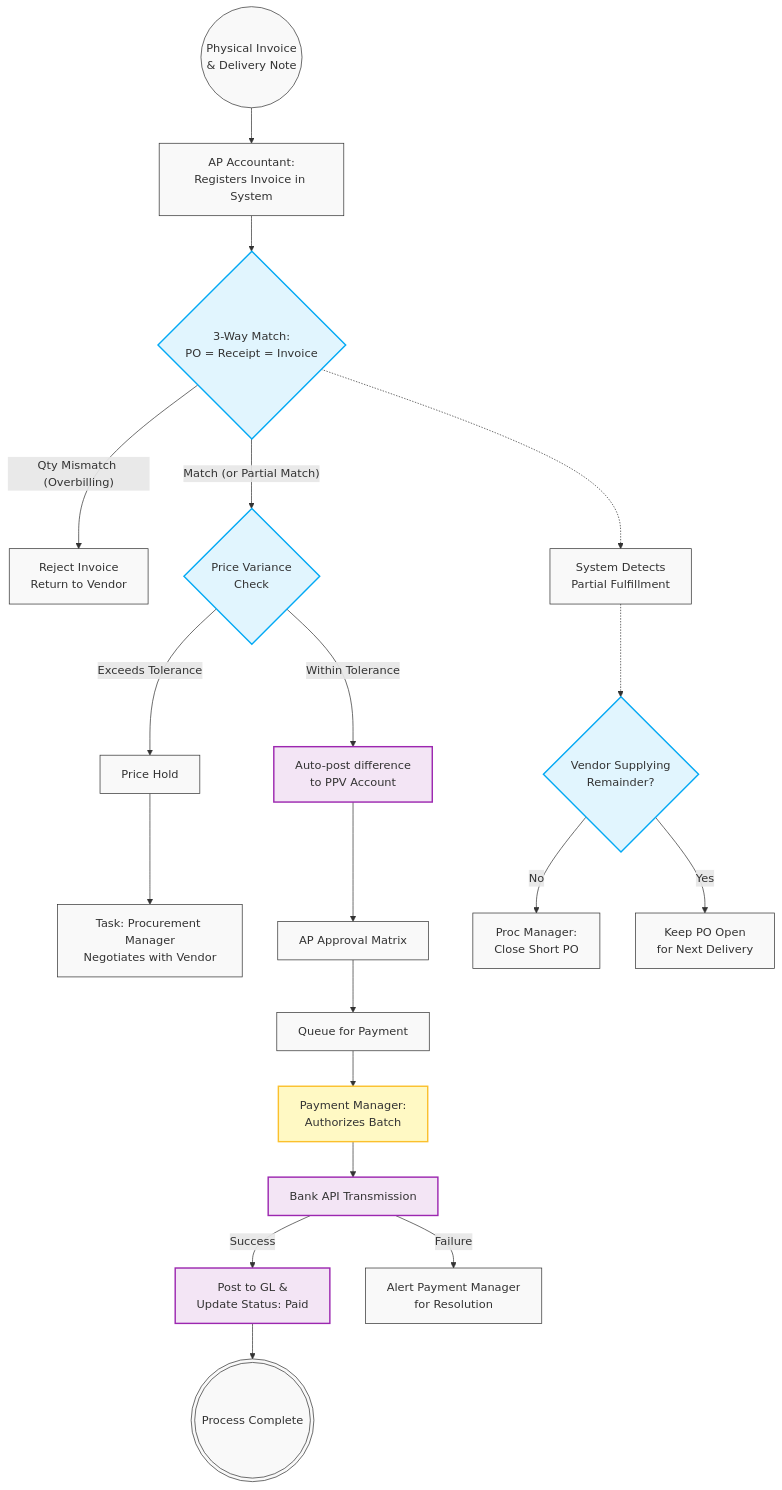
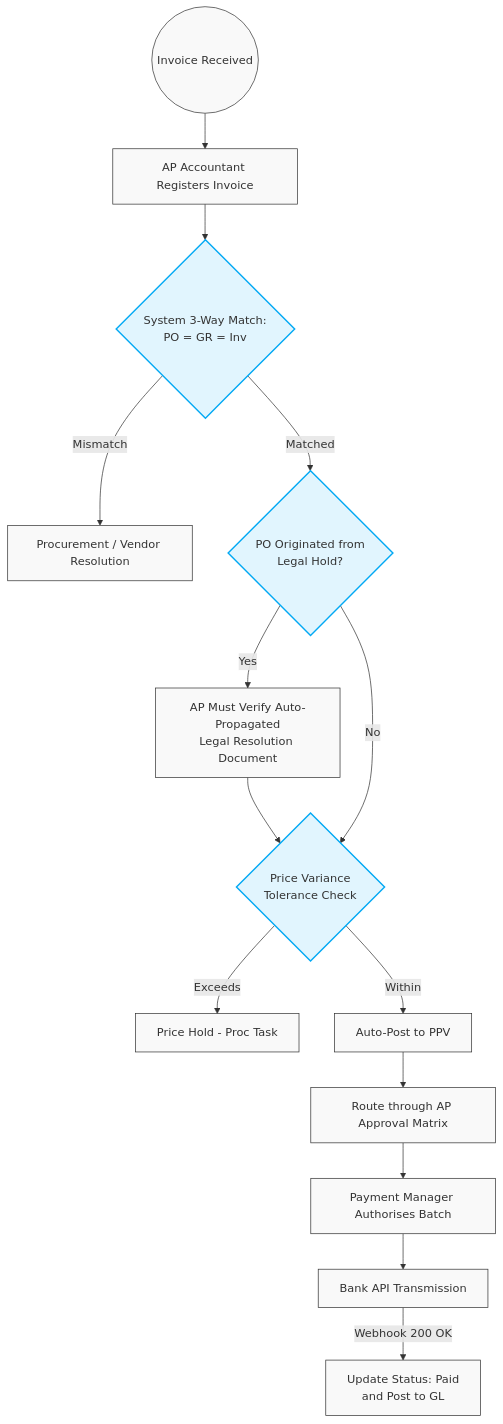
Before and after one commit to vikkimovcharenko/ERP-Lifecycle: the diagram in 05_Financial_Execution_and_Payment/501_AP_Invoice_Matching.md, drawn with Mermaid. The commit also changed other lines of this file, not shown here.

````diff
--- a/05_Financial_Execution_and_Payment/501_AP_Invoice_Matching.md
+++ b/05_Financial_Execution_and_Payment/501_AP_Invoice_Matching.md
@@ -32,40 +31,29 @@
 ```mermaid
 flowchart TD
-    Start((Physical Invoice<br>& Delivery Note)) --> AP[AP Accountant:<br>Registers Invoice in System]
-    AP --> Match{3-Way Match:<br>PO = Receipt = Invoice}
+    Start((Invoice Received)) --> AP[AP Accountant Registers Invoice]
+    AP --> Match{System 3-Way Match:<br>PO = GR = Inv}
     
-    %% Quantity & Price Checks
-    Match -- Qty Mismatch (Overbilling) --> Reject[Reject Invoice<br>Return to Vendor]
-    Match -- Match (or Partial Match) --> PriceCheck{Price Variance<br>Check}
+    Match -- Mismatch --> Resolve[Procurement / Vendor Resolution]
     
-    PriceCheck -- Exceeds Tolerance --> Hold[Price Hold]
-    Hold --> ProcTask[Task: Procurement Manager<br>Negotiates with Vendor]
+    Match -- Matched --> ComplianceCheck{PO Originated from<br>Legal Hold?}
     
-    PriceCheck -- Within Tolerance --> PPV[Auto-post difference<br>to PPV Account]
-    PPV --> Approval[AP Approval Matrix]
+    %% Compliance Gate
+    ComplianceCheck -- Yes --> VerifyDoc[AP Must Verify Auto-Propagated<br>Legal Resolution Document]
+    VerifyDoc --> PriceCheck
     
-    %% Payment Flow
-    Approval --> PayQueue[Queue for Payment]
-    PayQueue --> PayMgr[Payment Manager:<br>Authorizes Batch]
-    PayMgr --> API[Bank API Transmission]
+    ComplianceCheck -- No --> PriceCheck{Price Variance<br>Tolerance Check}
     
-    API -- Success --> GL[Post to GL &<br>Update Status: Paid]
-    API -- Failure --> Alert[Alert Payment Manager<br>for Resolution]
+    %% Variance & Payment
+    PriceCheck -- Exceeds --> Hold[Price Hold - Proc Task]
+    PriceCheck -- Within --> PPV[Auto-Post to PPV]
     
-    GL --> End(((Process Complete)))
-
-    %% Close Short Sub-process
-    Match -.-> Partial[System Detects<br>Partial Fulfillment]
-    Partial -.-> CloseShort{Vendor Supplying<br>Remainder?}
-    CloseShort -- No --> CSAction[Proc Manager:<br>Close Short PO]
-    CloseShort -- Yes --> Wait[Keep PO Open<br>for Next Delivery]
+    PPV --> APMatrix[Route through AP Approval Matrix]
+    APMatrix --> PM[Payment Manager Authorises Batch]
+    PM --> API[Bank API Transmission]
+    
+    API -- Webhook 200 OK --> GL[Update Status: Paid<br>and Post to GL]
 
     classDef default fill:#f9f9f9,stroke:#333,stroke-width:1px;
     classDef decision fill:#e1f5fe,stroke:#03a9f4,stroke-width:2px;
-    classDef sysAction fill:#f3e5f5,stroke:#9c27b0,stroke-width:2px;
-    classDef highlight fill:#fff9c4,stroke:#fbc02d,stroke-width:2px;
-    
-    class Match,PriceCheck,CloseShort decision;
-    class PPV,API,GL sysAction;
-    class PayMgr highlight;
+    class Match,ComplianceCheck,PriceCheck decision;
 ```
````
